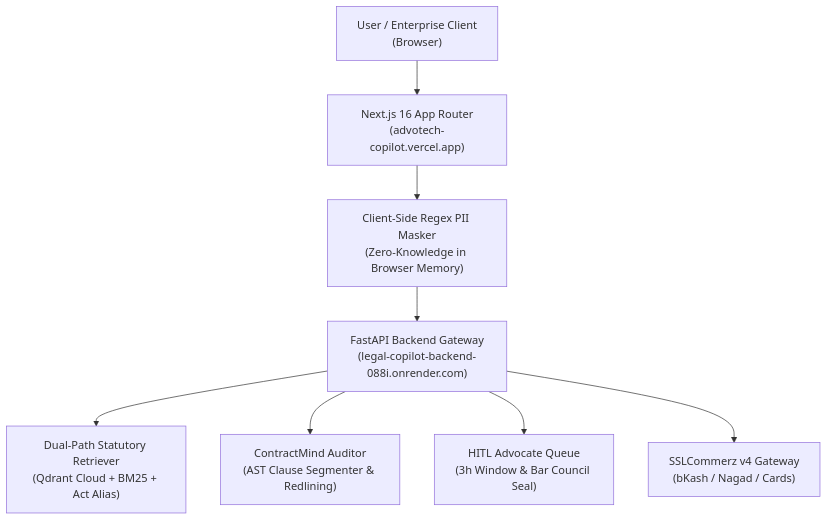
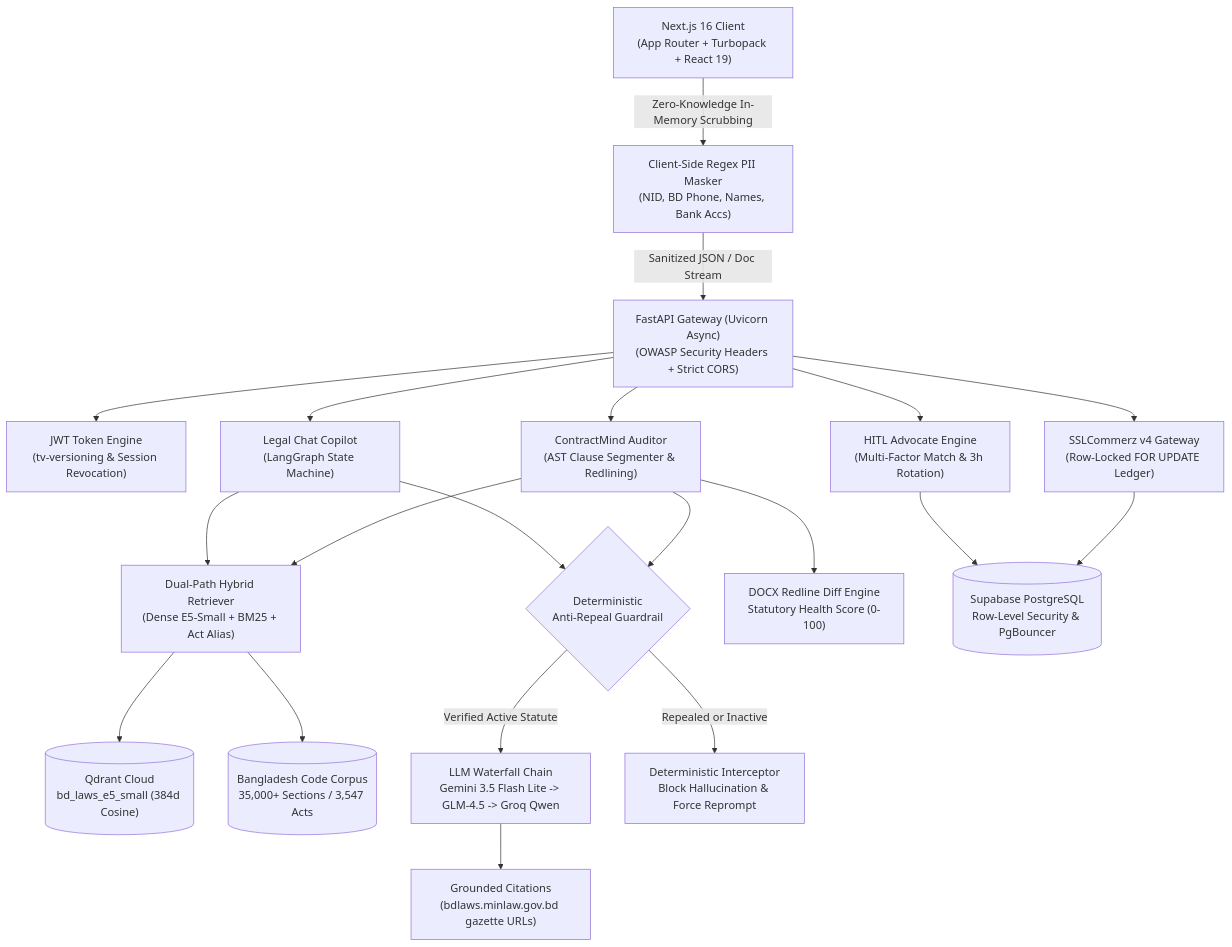
One commit to mahmudulhasantasin/Outliers changed the diagram in README.md. Above: the diagram before and after it, drawn with Mermaid. The commit also changed other lines of this file and 10 other files, not shown here.

````diff
--- a/README.md
+++ b/README.md
@@ -42,10 +65,30 @@
 ```mermaid
 graph TD
-    User["User / Enterprise Client\n(Browser)"] --> Next["Next.js 16 App Router\n(advotech-copilot.vercel.app)"]
-    Next --> PII["Client-Side Regex PII Masker\n(Zero-Knowledge in Browser Memory)"]
-    PII --> API["FastAPI Backend Gateway\n(legal-copilot-backend-088i.onrender.com)"]
-    API --> RAG["Dual-Path Statutory Retriever\n(Qdrant Cloud + BM25 + Act Alias)"]
-    API --> Mind["ContractMind Auditor\n(AST Clause Segmenter & Redlining)"]
-    API --> HITL["HITL Advocate Queue\n(3h Window & Bar Council Seal)"]
-    API --> FinTech["SSLCommerz v4 Gateway\n(bKash / Nagad / Cards)"]
+    Client["Next.js 16 Client\n(App Router + Turbopack + React 19)"] -->|Zero-Knowledge In-Memory Scrubbing| PIIMasker["Client-Side Regex PII Masker\n(NID, BD Phone, Names, Bank Accs)"]
+
+    PIIMasker -->|Sanitized JSON / Doc Stream| APIGateway["FastAPI Gateway (Uvicorn Async)\n(OWASP Security Headers + Strict CORS)"]
+
+    APIGateway --> Auth["JWT Token Engine\n(tv-versioning & Session Revocation)"]
+    APIGateway --> Copilot["Legal Chat Copilot\n(LangGraph State Machine)"]
+    APIGateway --> Auditor["ContractMind Auditor\n(AST Clause Segmenter & Redlining)"]
+    APIGateway --> HITL["HITL Advocate Engine\n(Multi-Factor Match & 3h Rotation)"]
+    APIGateway --> FinTech["SSLCommerz v4 Gateway\n(Row-Locked FOR UPDATE Ledger)"]
+
+    Copilot --> Retriever["Dual-Path Hybrid Retriever\n(Dense E5-Small + BM25 + Act Alias)"]
+    Auditor --> Retriever
+
+    Retriever --> Qdrant[("Qdrant Cloud\nbd_laws_e5_small (384d Cosine)")]
+    Retriever --> Gazette[("Bangladesh Code Corpus\n35,000+ Sections / 3,547 Acts")]
+
+    Copilot --> AntiRepeal{"Deterministic\nAnti-Repeal Guardrail"}
+    Auditor --> AntiRepeal
+
+    AntiRepeal -->|Verified Active Statute| Waterfall["LLM Waterfall Chain\nGemini 3.5 Flash Lite -> GLM-4.5 -> Groq Qwen"]
+    AntiRepeal -->|Repealed or Inactive| Intercept["Deterministic Interceptor\nBlock Hallucination & Force Reprompt"]
+
+    Waterfall --> Output["Grounded Citations\n(bdlaws.minlaw.gov.bd gazette URLs)"]
+    Auditor --> Redline["DOCX Redline Diff Engine\nStatutory Health Score (0-100)"]
+
+    HITL --> Supabase[("Supabase PostgreSQL\nRow-Level Security & PgBouncer")]
+    FinTech --> Supabase
 ```
````
